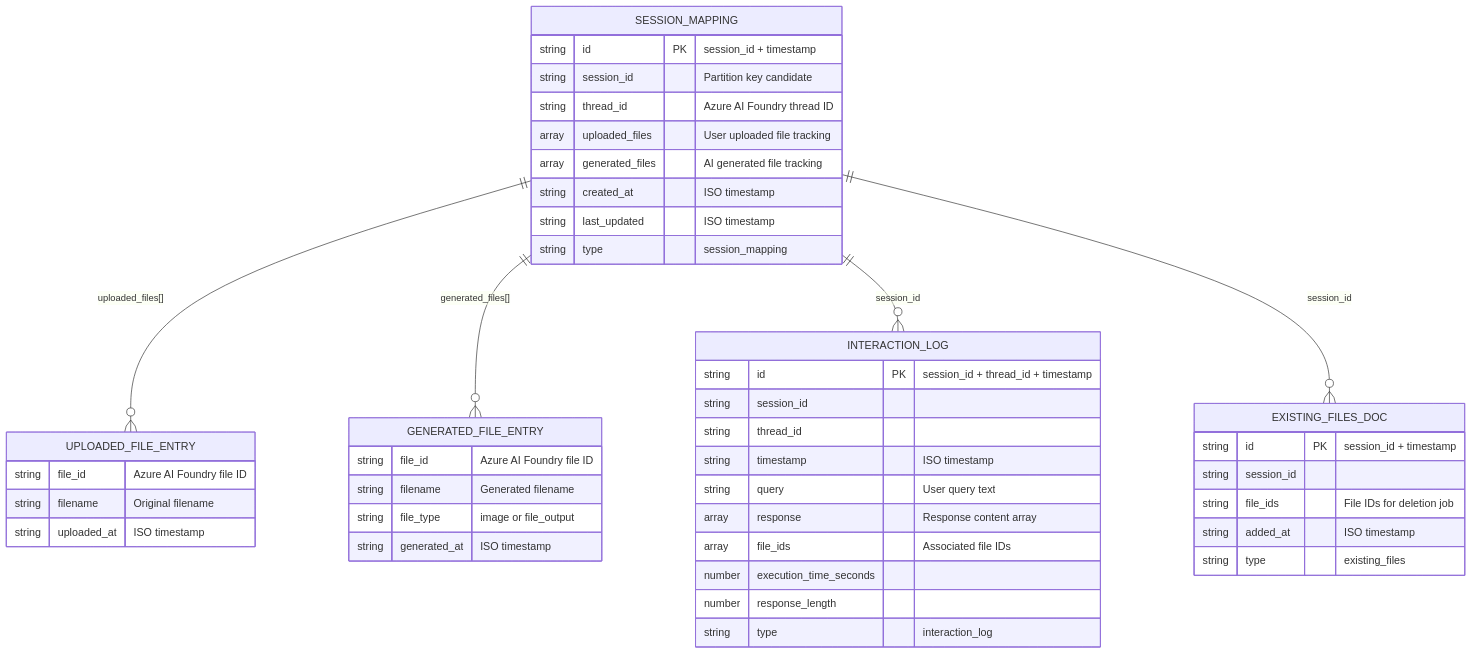
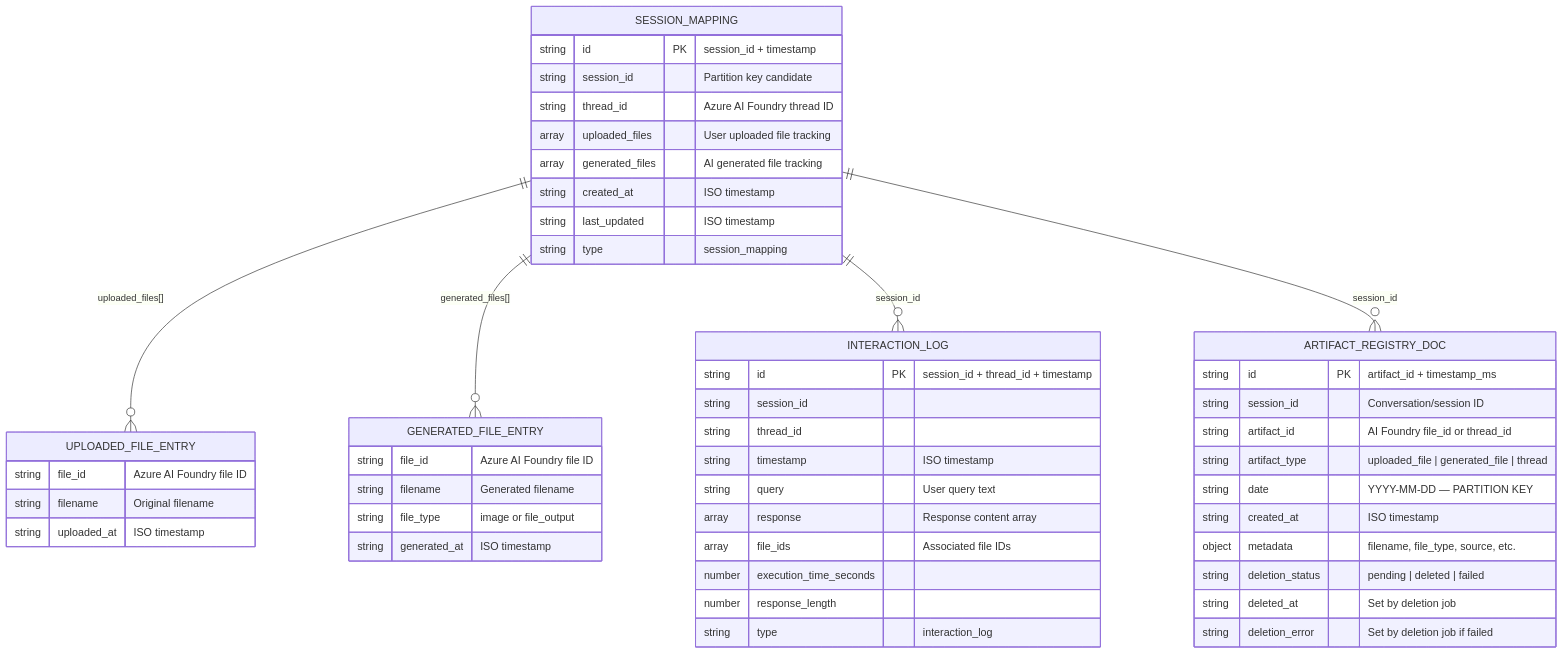
Before and after one commit to sarahselwadi/data-analyst-agent: the tenth of 12 diagrams in architecture_diagram.md, drawn with Mermaid. The commit also changed other lines of this file and 3 other files, not shown here.

````diff
--- a/architecture_diagram.md
+++ b/architecture_diagram.md
@@ -515,52 +515,57 @@
 ```mermaid
 erDiagram
     SESSION_MAPPING {
         string id PK "session_id + timestamp"
         string session_id "Partition key candidate"
         string thread_id "Azure AI Foundry thread ID"
         array uploaded_files "User uploaded file tracking"
         array generated_files "AI generated file tracking"
         string created_at "ISO timestamp"
         string last_updated "ISO timestamp"
         string type "session_mapping"
     }
 
     UPLOADED_FILE_ENTRY {
         string file_id "Azure AI Foundry file ID"
         string filename "Original filename"
         string uploaded_at "ISO timestamp"
     }
 
     GENERATED_FILE_ENTRY {
         string file_id "Azure AI Foundry file ID"
         string filename "Generated filename"
         string file_type "image or file_output"
         string generated_at "ISO timestamp"
     }
 
-    EXISTING_FILES_DOC {
-        string id PK "session_id + timestamp"
-        string session_id
-        string file_ids "File IDs for deletion job"
-        string added_at "ISO timestamp"
-        string type "existing_files"
+    ARTIFACT_REGISTRY_DOC {
+        string id PK "artifact_id + timestamp_ms"
+        string session_id "Conversation/session ID"
+        string artifact_id "AI Foundry file_id or thread_id"
+        string artifact_type "uploaded_file | generated_file | thread"
+        string date "YYYY-MM-DD — PARTITION KEY"
+        string created_at "ISO timestamp"
+        object metadata "filename, file_type, source, etc."
+        string deletion_status "pending | deleted | failed"
+        string deleted_at "Set by deletion job"
+        string deletion_error "Set by deletion job if failed"
     }
 
     INTERACTION_LOG {
         string id PK "session_id + thread_id + timestamp"
         string session_id
         string thread_id
         string timestamp "ISO timestamp"
         string query "User query text"
         array response "Response content array"
         array file_ids "Associated file IDs"
         number execution_time_seconds
         number response_length
         string type "interaction_log"
     }
 
     SESSION_MAPPING ||--o{ UPLOADED_FILE_ENTRY : "uploaded_files[]"
     SESSION_MAPPING ||--o{ GENERATED_FILE_ENTRY : "generated_files[]"
     SESSION_MAPPING ||--o{ INTERACTION_LOG : "session_id"
-    SESSION_MAPPING ||--o{ EXISTING_FILES_DOC : "session_id"
+    SESSION_MAPPING ||--o{ ARTIFACT_REGISTRY_DOC : "session_id"
 ```
````
